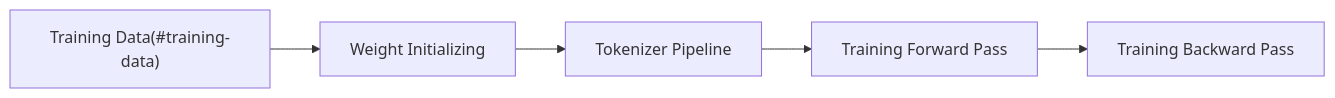
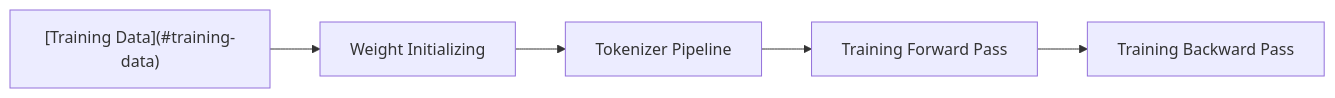
Before and after one commit to ChrisZhu2050/chriszhu2050.github.io: the first of 16 diagrams in index.md, drawn with Mermaid.

````diff
--- a/index.md
+++ b/index.md
@@ -11,5 +11,5 @@
 ```mermaid
 
 graph LR
-    A["`Training Data(#training-data)`"] --> B[Weight Initializing] --> C[Tokenizer Pipeline] --> D[Training Forward Pass] --> E[Training Backward Pass]
+    A["`[Training Data](#training-data)`"] --> B[Weight Initializing] --> C[Tokenizer Pipeline] --> D[Training Forward Pass] --> E[Training Backward Pass]
 ```     
````
